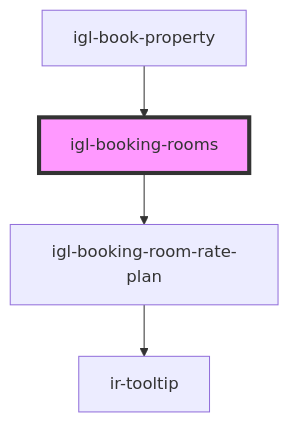
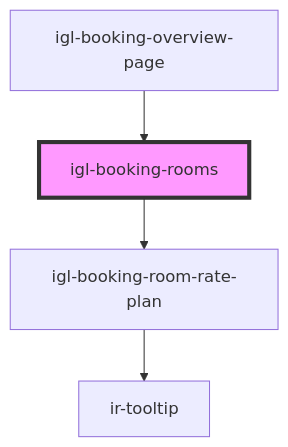
The diagram in src/components/igloo-calendar/igl-booking-rooms/readme.md (RonyRizk/ir-webcmp), drawn with Mermaid before and after one commit. The commit also changed other lines of this file and 37 other files, not shown here.

````diff
--- a/src/components/igloo-calendar/igl-booking-rooms/readme.md
+++ b/src/components/igloo-calendar/igl-booking-rooms/readme.md
@@ -38,7 +38,7 @@
 ```mermaid
 graph TD;
   igl-booking-rooms --> igl-booking-room-rate-plan
   igl-booking-room-rate-plan --> ir-tooltip
-  igl-book-property --> igl-booking-rooms
+  igl-booking-overview-page --> igl-booking-rooms
   style igl-booking-rooms fill:#f9f,stroke:#333,stroke-width:4px
 ```
````
